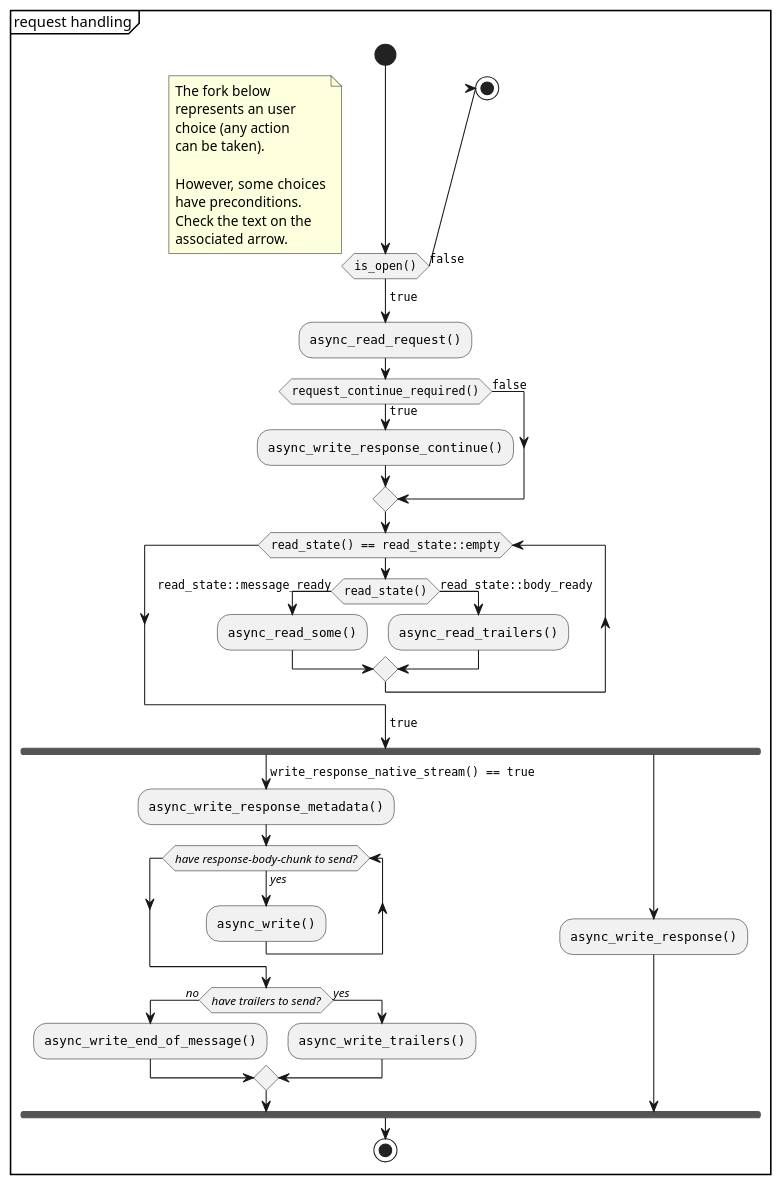
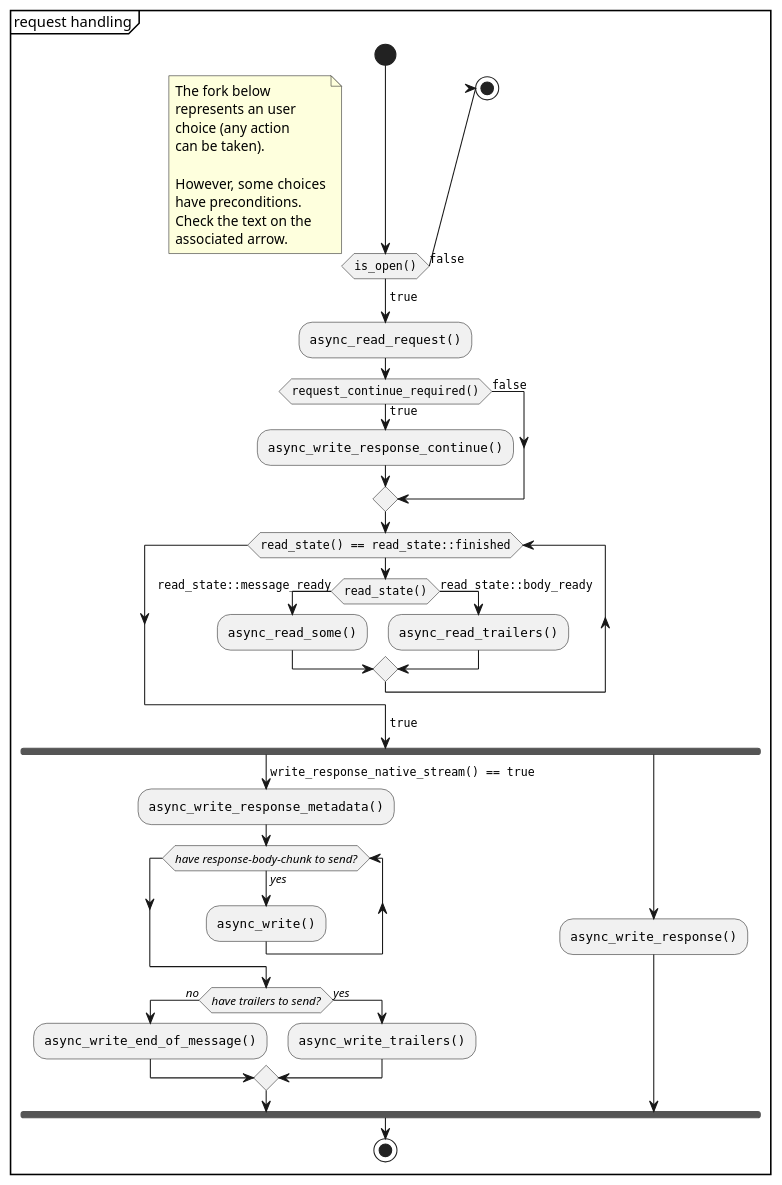
Before and after one commit to BoostGSoC14/boost.http: the diagram in doc/design.adoc, drawn with PlantUML. The commit also changed 16 other files, not shown here.

```diff
--- a/doc/design.adoc
+++ b/doc/design.adoc
@@ -190,52 +190,52 @@
 [plantuml,request_handling]
 ----
 @startuml
 partition "request handling" {
   start
   if (""is_open()"") then (""false"")
     stop
   endif
   floating note left
     The fork below
     represents an user
     choice (any action
     can be taken).
 
     However, some choices
     have preconditions.
     Check the text on the
     associated arrow.
   end note
   -> ""true"";
   :""async_read_request()"";
   if (""request_continue_required()"") then (""true"")
     :""async_write_response_continue()"";
   else (""false"")
   endif
-  while (""read_state() == read_state::empty"")
+  while (""read_state() == read_state::finished"")
     if (""read_state()"") then (""read_state::message_ready"")
       :""async_read_some()"";
     else (""read_state::body_ready"")
       :""async_read_trailers()"";
     endif
   endwhile
   -> ""true"";
   fork
     -> ""write_response_native_stream() == true"";
     :""async_write_response_metadata()"";
     while (//have response-body-chunk to send?//)
       -> //yes//;
       :""async_write()"";
     endwhile
     if (//have trailers to send?//) then(//no//)
       :""async_write_end_of_message()"";
     else (//yes//)
       :""async_write_trailers()"";
     endif
   fork again
     :""async_write_response()"";
   end fork
   stop
 }
 @enduml
 ----
```
